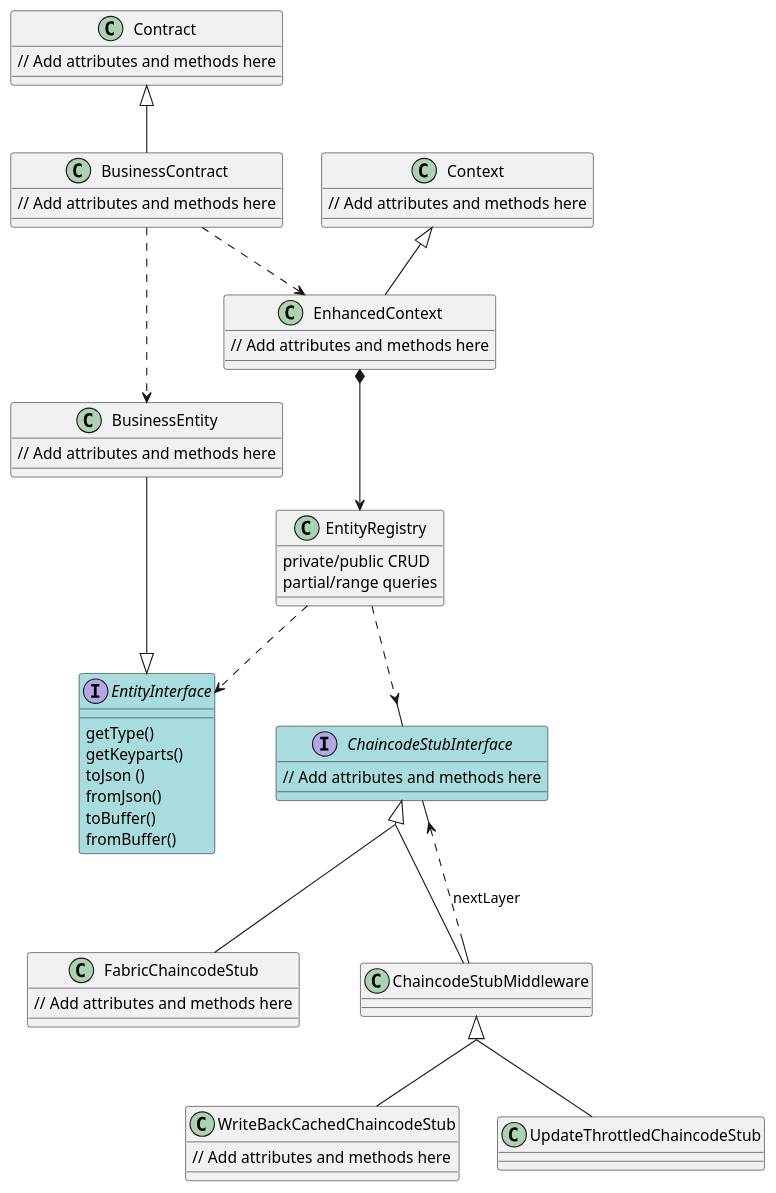
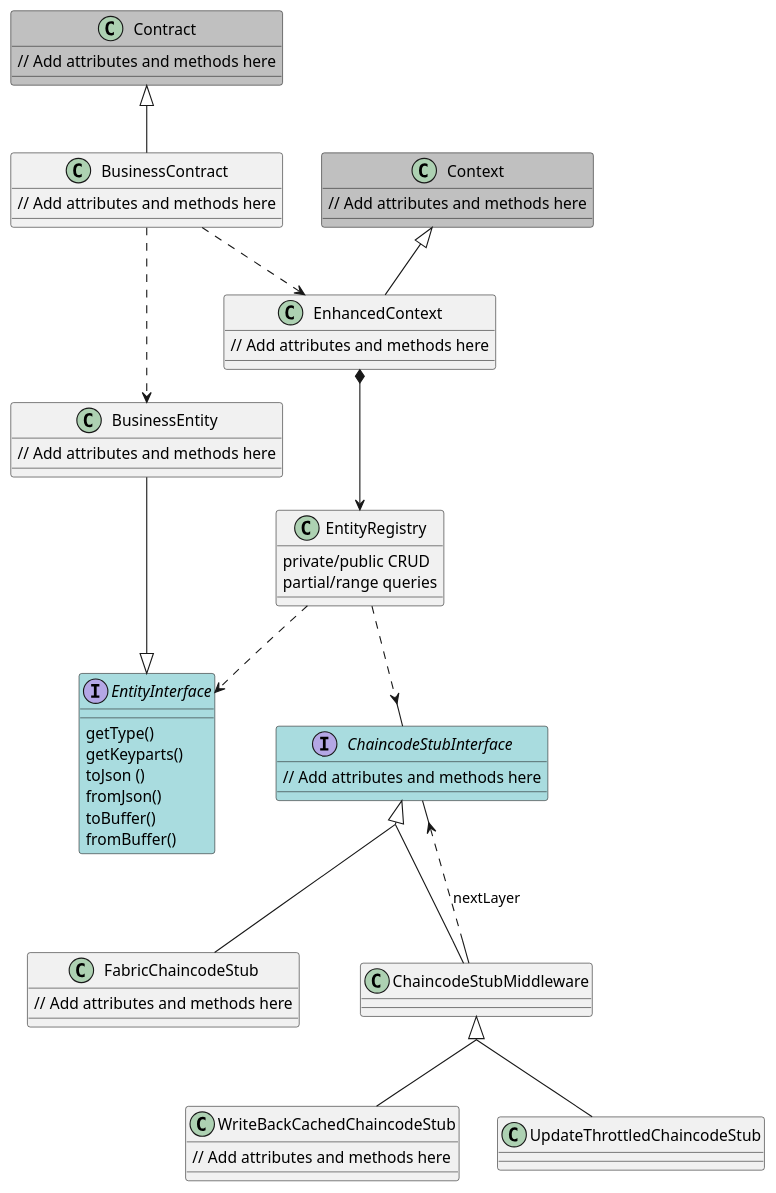
Before and after one commit to ftsrg/blockchain-benchmarks-tpcc: the diagram in smart-contract/hyperledger-fabric/v2/java/figures/class/class.puml, drawn with PlantUML. The commit also changed 7 other files, not shown here.

```diff
--- a/smart-contract/hyperledger-fabric/v2/java/figures/class/class.puml
+++ b/smart-contract/hyperledger-fabric/v2/java/figures/class/class.puml
@@ -1,68 +1,68 @@
 @startuml "Specificaton"
 skinparam groupInheritance 2
 Contract <|-- BusinessContract
 BusinessContract ..> EnhancedContext
 BusinessContract ..> BusinessEntity
 EnhancedContext *--> EntityRegistry
 BusinessEntity --|> EntityInterface
 EntityRegistry ..> EntityInterface
 Context <|-- EnhancedContext
 EntityRegistry ..> ChaincodeStubInterface
 
 ChaincodeStubInterface <|-- FabricChaincodeStub
 ChaincodeStubInterface <|-- ChaincodeStubMiddleware
 
 ChaincodeStubMiddleware ..> ChaincodeStubInterface:  nextLayer
 
 ChaincodeStubMiddleware <|-- WriteBackCachedChaincodeStub
 ChaincodeStubMiddleware <|-- UpdateThrottledChaincodeStub
 
 
 class BusinessContract {
   // Add attributes and methods here
 }
 
 class EnhancedContext {
   // Add attributes and methods here
 }
 
 class EntityRegistry {
   private/public CRUD
   partial/range queries
 }
 
 class WriteBackCachedChaincodeStub {
   // Add attributes and methods here
 }
 
 class FabricChaincodeStub {
   // Add attributes and methods here
 }
 
 class BusinessEntity {
   // Add attributes and methods here
 }
 
-class Contract {
+class Contract #C0C0C0{
   // Add attributes and methods here
 }
 
-class Context {
+class Context #C0C0C0{
   // Add attributes and methods here
 }
 
 interface EntityInterface #A9DCDF {
   getType()
   getKeyparts()
   toJson ()
   fromJson()
   toBuffer()
   fromBuffer()
 
 }
 
 interface ChaincodeStubInterface #A9DCDF{
   // Add attributes and methods here
 }
 
 @enduml
```
